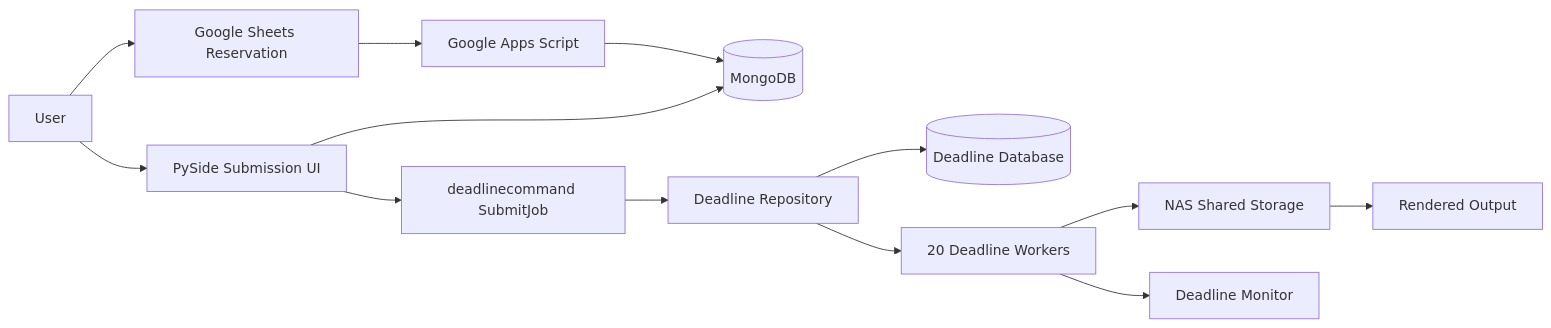
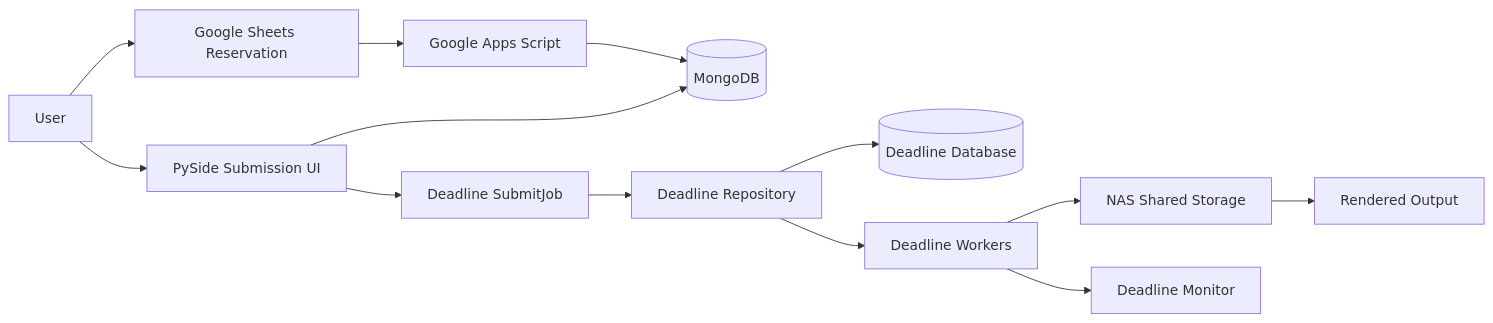
Before and after one commit to kangseyoung/deadline-renderfarm-automation: the diagram in README.md, drawn with Mermaid. The commit also changed other lines of this file and 58 other files, not shown here.

````diff
--- a/README.md
+++ b/README.md
@@ -41,15 +64,15 @@
 ```mermaid
 flowchart LR
-    User[User] --> Sheet[Google Sheets Reservation]
+    User[User] --> UI[PySide Submission UI]
+    User --> Sheet[Google Sheets Reservation]
     Sheet --> GAS[Google Apps Script]
     GAS --> Mongo[(MongoDB)]
-    User --> UI[PySide Submission UI]
     UI --> Mongo
-    UI --> DeadlineCmd[deadlinecommand SubmitJob]
-    DeadlineCmd --> Repo[Deadline Repository]
+    UI --> Submit[Deadline SubmitJob]
+    Submit --> Repo[Deadline Repository]
     Repo --> DDB[(Deadline Database)]
-    Repo --> Workers[20 Deadline Workers]
+    Repo --> Workers[Deadline Workers]
     Workers --> NAS[NAS Shared Storage]
     NAS --> Output[Rendered Output]
     Workers --> Monitor[Deadline Monitor]
 ```
````
